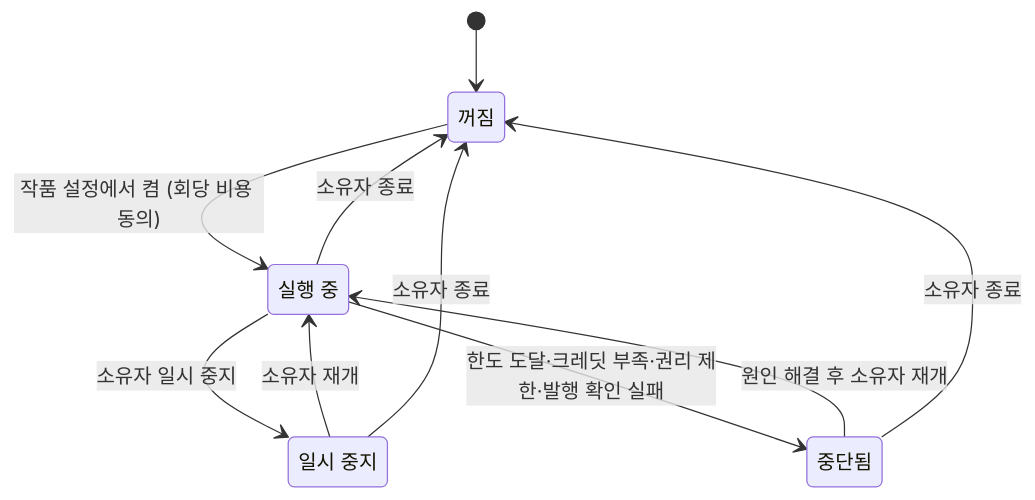
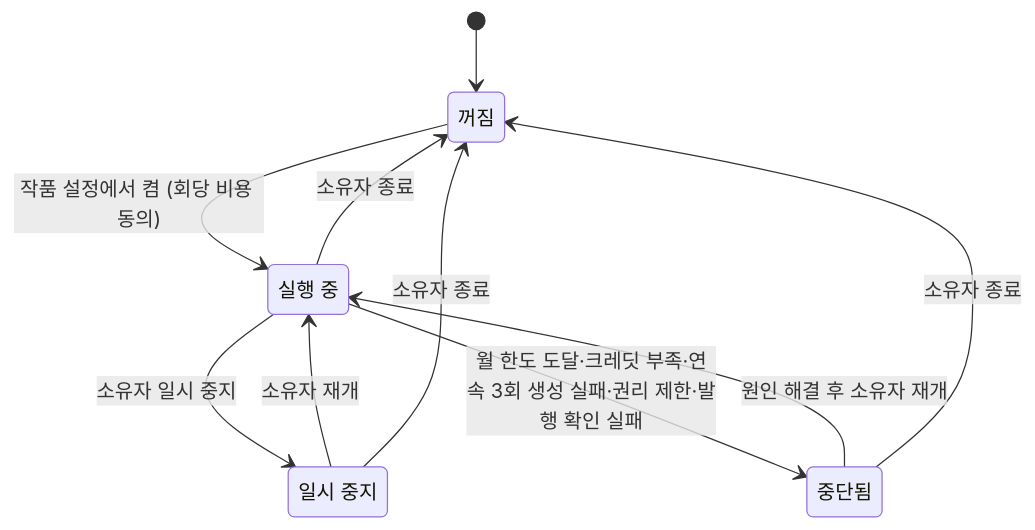
One commit to SKNETWORKS-FAMILY-AICAMP/SKN34-FINAL-4TEAM changed the fourth of 5 diagrams in docs/diagrams/state.md. Above: the diagram before and after it, drawn with Mermaid. The commit also changed other lines of this file and 4 other files, not shown here.

````diff
--- a/docs/diagrams/state.md
+++ b/docs/diagrams/state.md
@@ -105,16 +105,16 @@
 ```mermaid
 stateDiagram-v2
   state "꺼짐" as OFF
   state "실행 중" as RUNNING
   state "일시 중지" as PAUSED
   state "중단됨" as STOPPED
   [*] --> OFF
   OFF --> RUNNING: 작품 설정에서 켬 (회당 비용 동의)
   RUNNING --> PAUSED: 소유자 일시 중지
   PAUSED --> RUNNING: 소유자 재개
-  RUNNING --> STOPPED: 한도 도달·크레딧 부족·권리 제한·발행 확인 실패
+  RUNNING --> STOPPED: 월 한도 도달·크레딧 부족·연속 3회 생성 실패·권리 제한·발행 확인 실패
   STOPPED --> RUNNING: 원인 해결 후 소유자 재개
   STOPPED --> OFF: 소유자 종료
   RUNNING --> OFF: 소유자 종료
   PAUSED --> OFF: 소유자 종료
 ```
````
